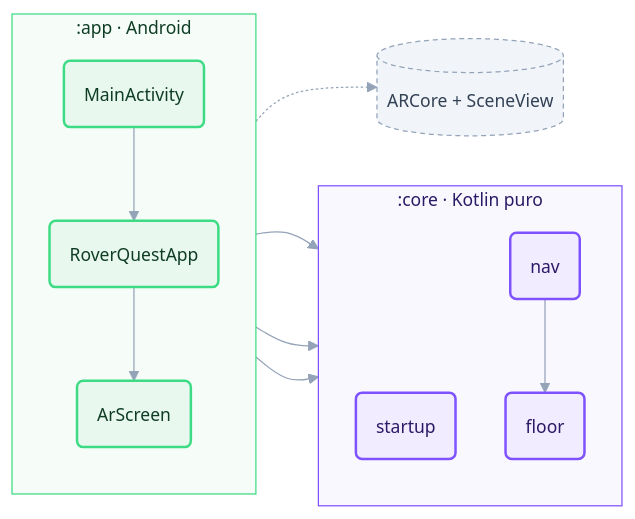
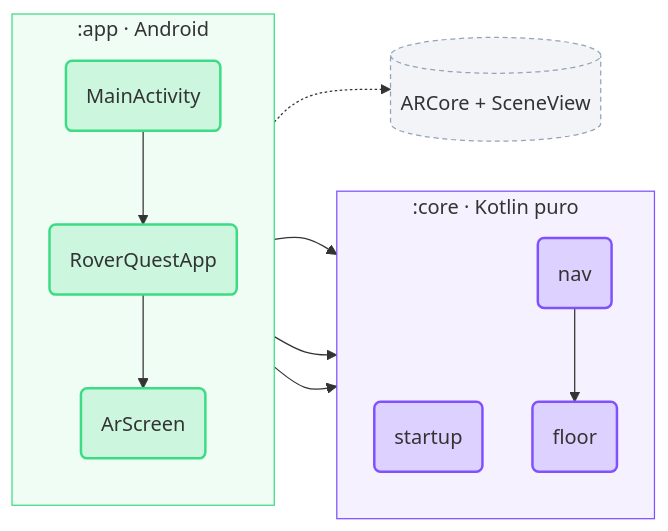
One commit to lianeheidemann/rover-quest-mr changed the first of 2 diagrams in game/README.md. Above: the diagram before and after it, drawn with Mermaid. The commit also changed other lines of this file, not shown here.

Commit message:
docs: make Mermaid diagrams adapt to light and dark themes
Claude-Session: https://claude.ai/code/session_01GdkSYAqatYCL8TiGKg7yY2

````diff
--- a/game/README.md
+++ b/game/README.md
@@ -30,44 +30,41 @@
 ```mermaid
 ---
 config:
-  theme: base
   flowchart:
     curve: basis
     nodeSpacing: 40
     rankSpacing: 50
     padding: 16
-  themeVariables:
-    fontFamily: "Inter, Segoe UI, Roboto, sans-serif"
-    fontSize: 14px
-    lineColor: "#94A3B8"
 ---
 flowchart LR
     subgraph app [":app · Android"]
         direction TB
         Main("MainActivity") --> App("RoverQuestApp") --> Ar("ArScreen")
     end
     subgraph core [":core · Kotlin puro"]
         direction TB
         startup("startup")
         floor("floor")
         nav("nav")
     end
     ARCore[("ARCore + SceneView")]
 
     App --> startup
     Ar --> floor
     Ar --> nav
     nav --> floor
     Ar -.-> ARCore
 
     class Main,App,Ar android
     class startup,floor,nav kotlin
     class ARCore external
 
-    classDef android fill:#E8F8EF,stroke:#3DDC84,stroke-width:2px,color:#0F3D24
-    classDef kotlin fill:#F1ECFF,stroke:#7F52FF,stroke-width:2px,color:#2B1A66
-    classDef external fill:#F1F5F9,stroke:#94A3B8,stroke-width:1px,stroke-dasharray:4 3,color:#334155
-    classDef start fill:#0F172A,stroke:#0F172A,color:#FFFFFF
-    style app fill:#F6FDF9,stroke:#3DDC84,stroke-width:1px,color:#0F3D24
-    style core fill:#FAF8FF,stroke:#7F52FF,stroke-width:1px,color:#2B1A66
+    %% Translucent fills and no fixed text color: GitHub picks the light or dark
+    %% Mermaid theme from the viewer's setting, and these colors work on both.
+    classDef android fill:#3DDC8433,stroke:#3DDC84,stroke-width:2px
+    classDef kotlin fill:#7F52FF33,stroke:#7F52FF,stroke-width:2px
+    classDef external fill:#94A3B81F,stroke:#94A3B8,stroke-width:1px,stroke-dasharray:4 3
+    classDef start fill:#F5A62340,stroke:#F5A623,stroke-width:2px
+    style app fill:#3DDC8414,stroke:#3DDC84,stroke-width:1px
+    style core fill:#7F52FF14,stroke:#7F52FF,stroke-width:1px
 ```
````
